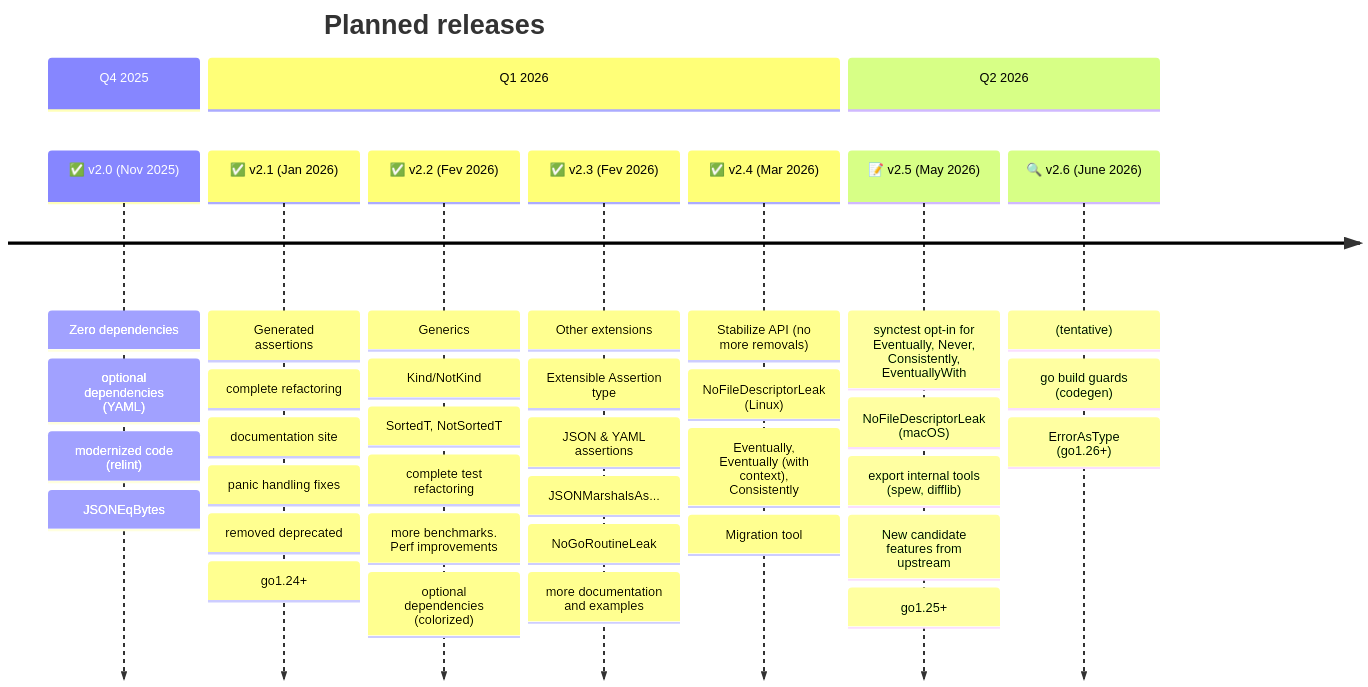
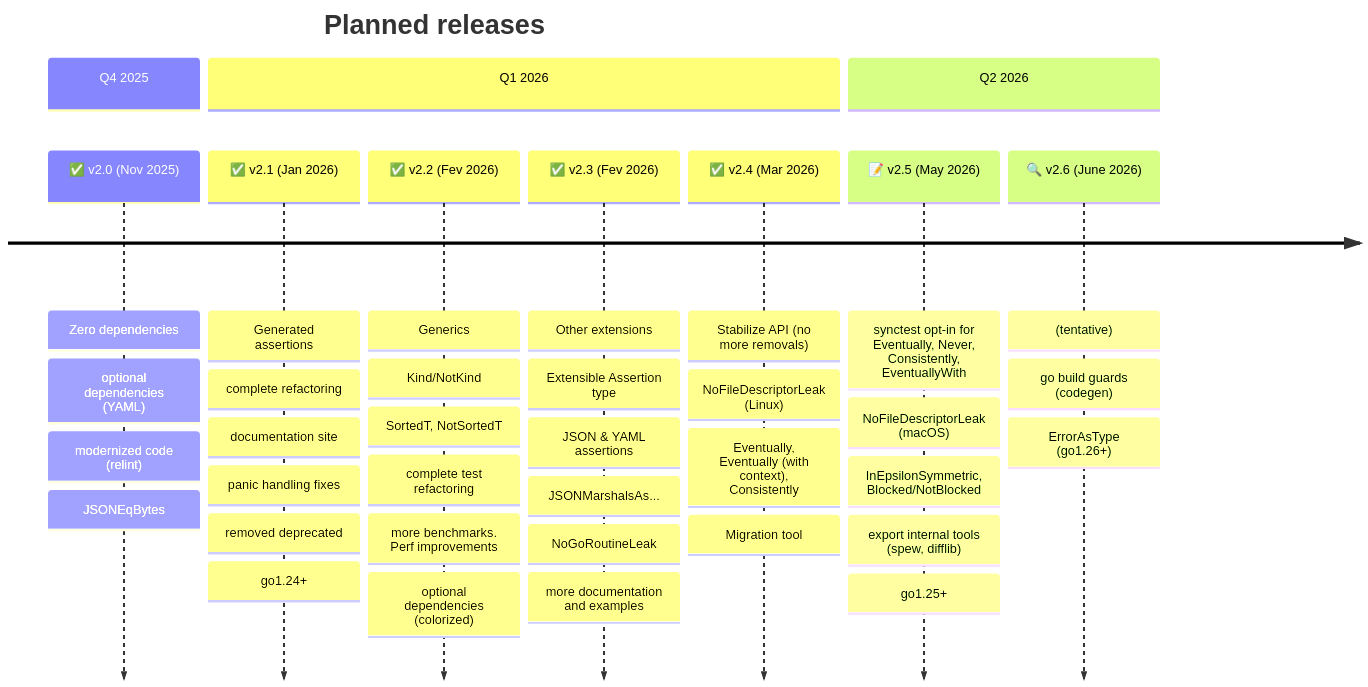
The diagram in docs/doc-site/project/maintainers/ROADMAP.md (go-openapi/testify), drawn with Mermaid before and after one commit. The commit also changed 23 other files, not shown here.

First line of the commit message:
feat(condition): added Blocked/NotBlocked to assert channel (#110)

```diff
--- a/docs/doc-site/project/maintainers/ROADMAP.md
+++ b/docs/doc-site/project/maintainers/ROADMAP.md
@@ -9,40 +9,40 @@
 {{< mermaid align="center" zoom="true" >}}
 timeline
     title Planned releases
     section Q4 2025
     ✅ v2.0 (Nov 2025) : Zero dependencies
                     : optional dependencies (YAML)
                     : modernized code (relint)
                     : JSONEqBytes
     section Q1 2026
     ✅ v2.1 (Jan 2026) : Generated assertions
                     : complete refactoring
                     : documentation site
                     : panic handling fixes
                     : removed deprecated
                     : go1.24+
     ✅ v2.2 (Fev 2026) : Generics
                     : Kind/NotKind
                     : SortedT, NotSortedT
                     : complete test refactoring
                     : more benchmarks. Perf improvements
                     : optional dependencies (colorized)
     ✅ v2.3 (Fev 2026) : Other extensions
                     : Extensible Assertion type
                     : JSON & YAML assertions: JSONMarshalsAs...
                     : NoGoRoutineLeak
                     : more documentation and examples
     ✅ v2.4 (Mar 2026) : Stabilize API (no more removals)
                     : NoFileDescriptorLeak (Linux)
                     : Eventually, Eventually (with context), Consistently
                     : Migration tool
     section Q2 2026
     📝 v2.5 (May 2026) : synctest opt-in for Eventually, Never, Consistently, EventuallyWith
                     : NoFileDescriptorLeak (macOS)
+                    : InEpsilonSymmetric, Blocked/NotBlocked  
                     : export internal tools (spew, difflib)
-                    : New candidate features from upstream
                     : go1.25+
     🔍 v2.6 (June 2026) : (tentative)
                     : go build guards (codegen)
                     : ErrorAsType (go1.26+)
 {{< /mermaid >}}
```
